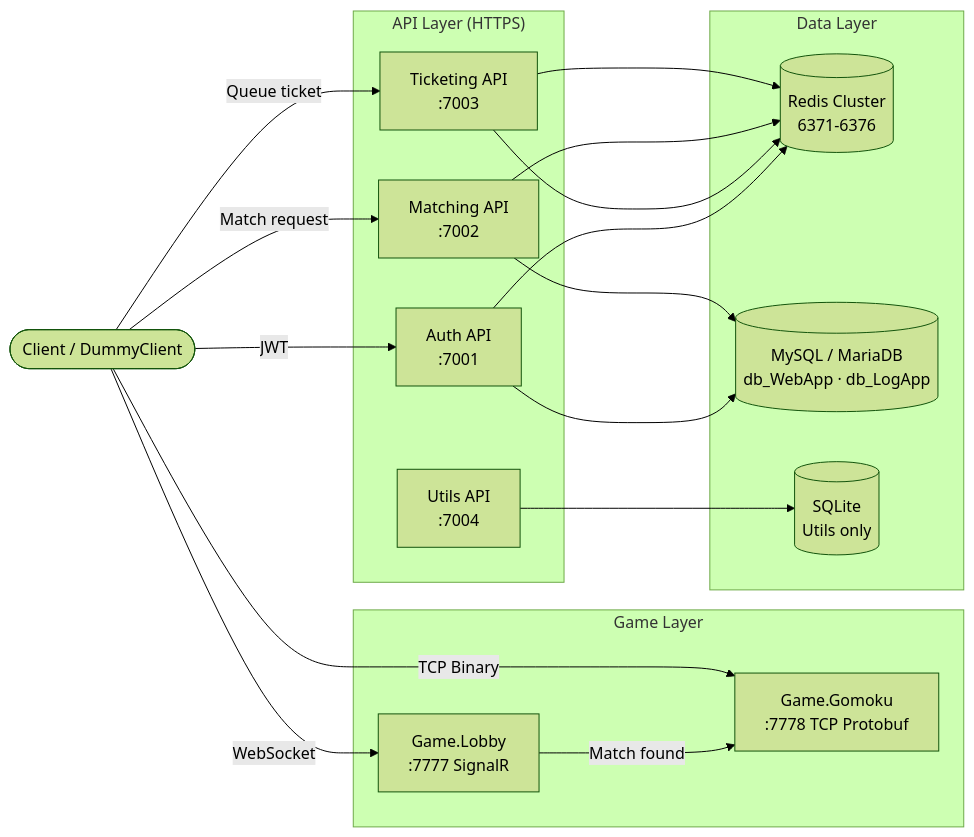
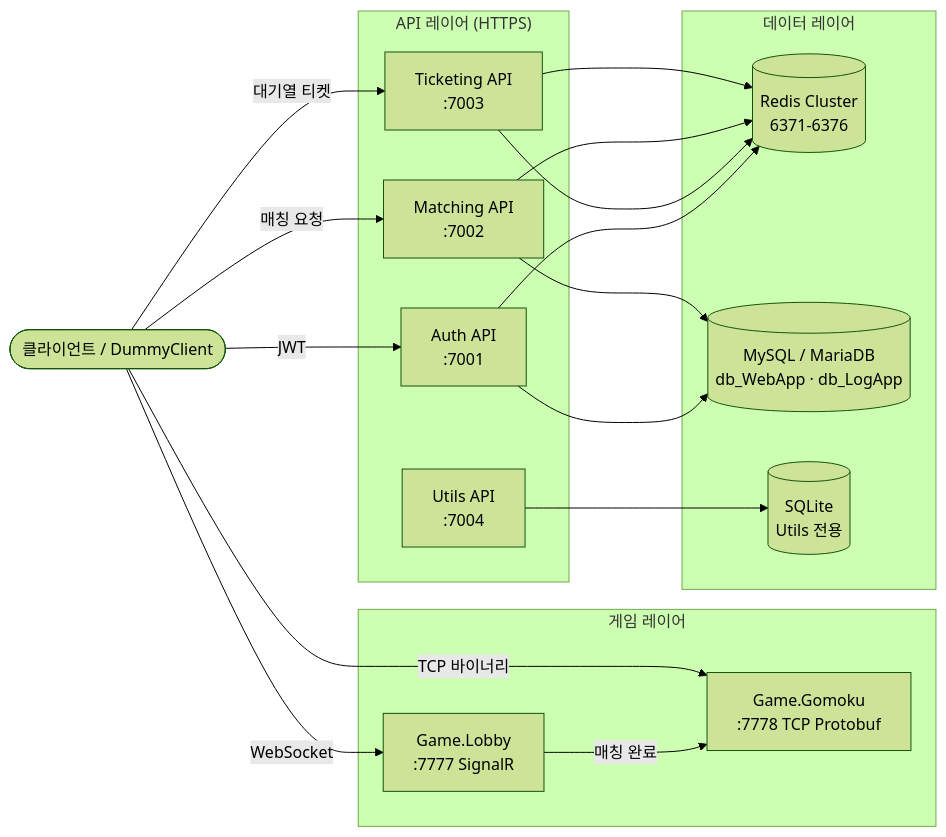
The first of 2 diagrams in README.md (rumdice/platformA), drawn with Mermaid (forest theme) before and after one commit. The commit also changed other lines of this file and 1 other file, not shown here.

````diff
--- a/README.md
+++ b/README.md
@@ -16,34 +18,34 @@
 ```mermaid
 flowchart LR
-    Client(["Client / DummyClient"])
+    Client(["클라이언트 / DummyClient"])
 
-    subgraph API["API Layer (HTTPS)"]
+    subgraph API["API 레이어 (HTTPS)"]
         Auth["Auth API\n:7001"]
         Ticket["Ticketing API\n:7003"]
         Match["Matching API\n:7002"]
         Utils["Utils API\n:7004"]
     end
 
-    subgraph Game["Game Layer"]
+    subgraph Game["게임 레이어"]
         Lobby["Game.Lobby\n:7777 SignalR"]
         Gomoku["Game.Gomoku\n:7778 TCP Protobuf"]
     end
 
-    subgraph Data["Data Layer"]
+    subgraph Data["데이터 레이어"]
         Redis[("Redis Cluster\n6371-6376")]
         MySQL[("MySQL / MariaDB\ndb_WebApp · db_LogApp")]
-        SQLite[("SQLite\nUtils only")]
+        SQLite[("SQLite\nUtils 전용")]
     end
 
     Client -->|JWT| Auth
-    Client -->|Queue ticket| Ticket
-    Client -->|Match request| Match
+    Client -->|대기열 티켓| Ticket
+    Client -->|매칭 요청| Match
     Client -->|WebSocket| Lobby
-    Lobby -->|Match found| Gomoku
-    Client -->|TCP Binary| Gomoku
+    Lobby -->|매칭 완료| Gomoku
+    Client -->|TCP 바이너리| Gomoku
 
     Auth & Ticket & Match --> Redis
     Auth & Match --> MySQL
     Ticket --> Redis
     Utils --> SQLite
 ```
````
